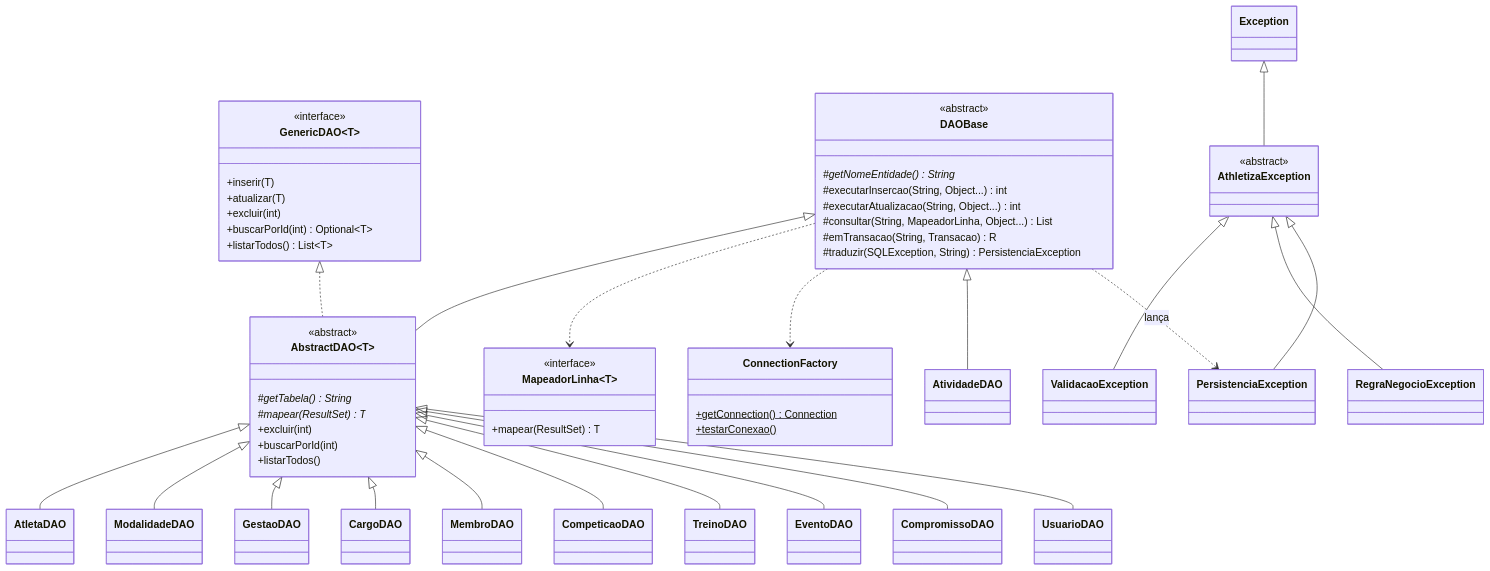
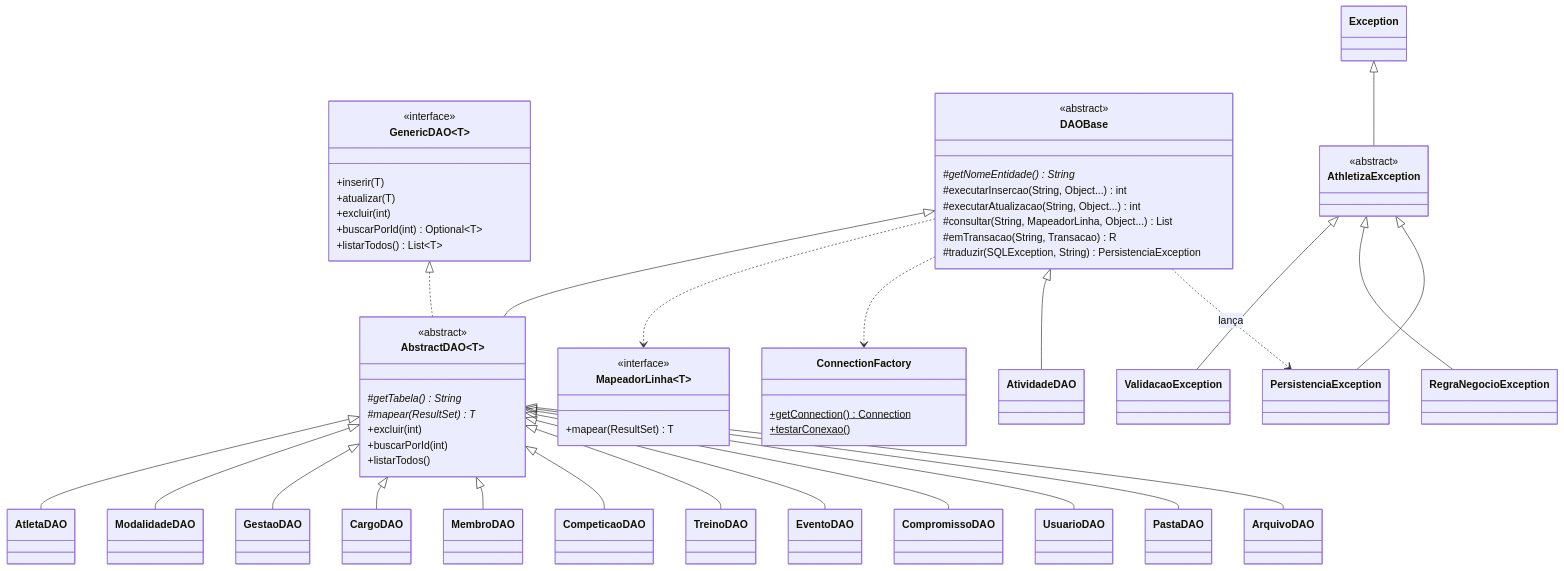
The second of 3 diagrams in docs/diagramas/classes.md (mheloisawitt/Athletiza), drawn with Mermaid before and after one commit. The commit also changed other lines of this file and 13 other files, not shown here.

````diff
--- a/docs/diagramas/classes.md
+++ b/docs/diagramas/classes.md
@@ -170,63 +188,65 @@
 ```mermaid
 classDiagram
     direction TB
 
     class GenericDAO~T~ {
         <<interface>>
         +inserir(T)
         +atualizar(T)
         +excluir(int)
         +buscarPorId(int) Optional~T~
         +listarTodos() List~T~
     }
     class MapeadorLinha~T~ {
         <<interface>>
         +mapear(ResultSet) T
     }
     class DAOBase {
         <<abstract>>
         #getNomeEntidade()* String
         #executarInsercao(String, Object...) int
         #executarAtualizacao(String, Object...) int
         #consultar(String, MapeadorLinha, Object...) List
         #emTransacao(String, Transacao) R
         #traduzir(SQLException, String) PersistenciaException
     }
     class AbstractDAO~T~ {
         <<abstract>>
         #getTabela()* String
         #mapear(ResultSet)* T
         +excluir(int)
         +buscarPorId(int)
         +listarTodos()
     }
     class ConnectionFactory {
         +getConnection()$ Connection
         +testarConexao()$
     }
 
     GenericDAO <|.. AbstractDAO
     DAOBase <|-- AbstractDAO
     DAOBase ..> MapeadorLinha
     DAOBase ..> ConnectionFactory
     AbstractDAO <|-- AtletaDAO
     AbstractDAO <|-- ModalidadeDAO
     AbstractDAO <|-- GestaoDAO
     AbstractDAO <|-- CargoDAO
     AbstractDAO <|-- MembroDAO
     AbstractDAO <|-- CompeticaoDAO
     AbstractDAO <|-- TreinoDAO
     AbstractDAO <|-- EventoDAO
     AbstractDAO <|-- CompromissoDAO
     AbstractDAO <|-- UsuarioDAO
+    AbstractDAO <|-- PastaDAO
+    AbstractDAO <|-- ArquivoDAO
     DAOBase <|-- AtividadeDAO
 
     class AthletizaException {
         <<abstract>>
     }
     Exception <|-- AthletizaException
     AthletizaException <|-- ValidacaoException
     AthletizaException <|-- RegraNegocioException
     AthletizaException <|-- PersistenciaException
     DAOBase ..> PersistenciaException : lança
 ```
````
